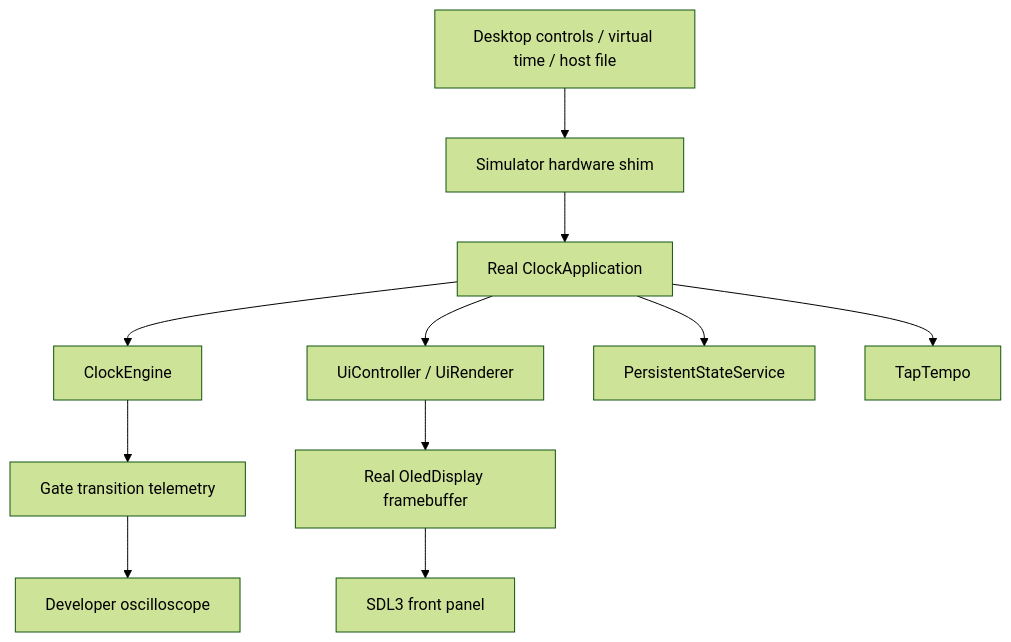
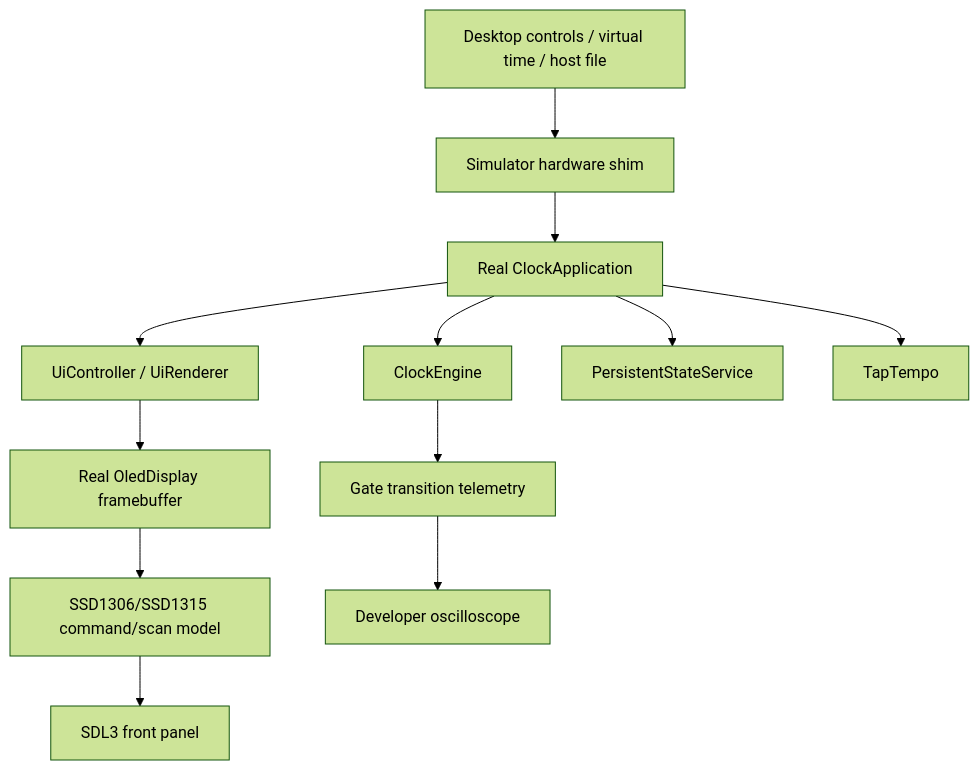
One commit to napolitano/eurorack-clock-firmware changed the diagram in docs/SIMULATOR.md. Above: the diagram before and after it, drawn with Mermaid (forest theme). The commit also changed other lines of this file and 20 other files, not shown here.

First line of the commit message:
fix(simulator): model SSD1306 scan orientation commands

````diff
--- a/docs/SIMULATOR.md
+++ b/docs/SIMULATOR.md
@@ -9,13 +9,14 @@
 ```mermaid
 flowchart TB
     Desktop[Desktop controls / virtual time / host file] --> Shim[Simulator hardware shim]
     Shim --> App[Real ClockApplication]
     App --> Engine[ClockEngine]
     App --> UI[UiController / UiRenderer]
     App --> Persist[PersistentStateService]
     App --> Tap[TapTempo]
     UI --> FB[Real OledDisplay framebuffer]
     Engine --> Telemetry[Gate transition telemetry]
-    FB --> SDL[SDL3 front panel]
+    FB --> OLED[SSD1306/SSD1315 command/scan model]
+    OLED --> SDL[SDL3 front panel]
     Telemetry --> Scope[Developer oscilloscope]
 ```
````
